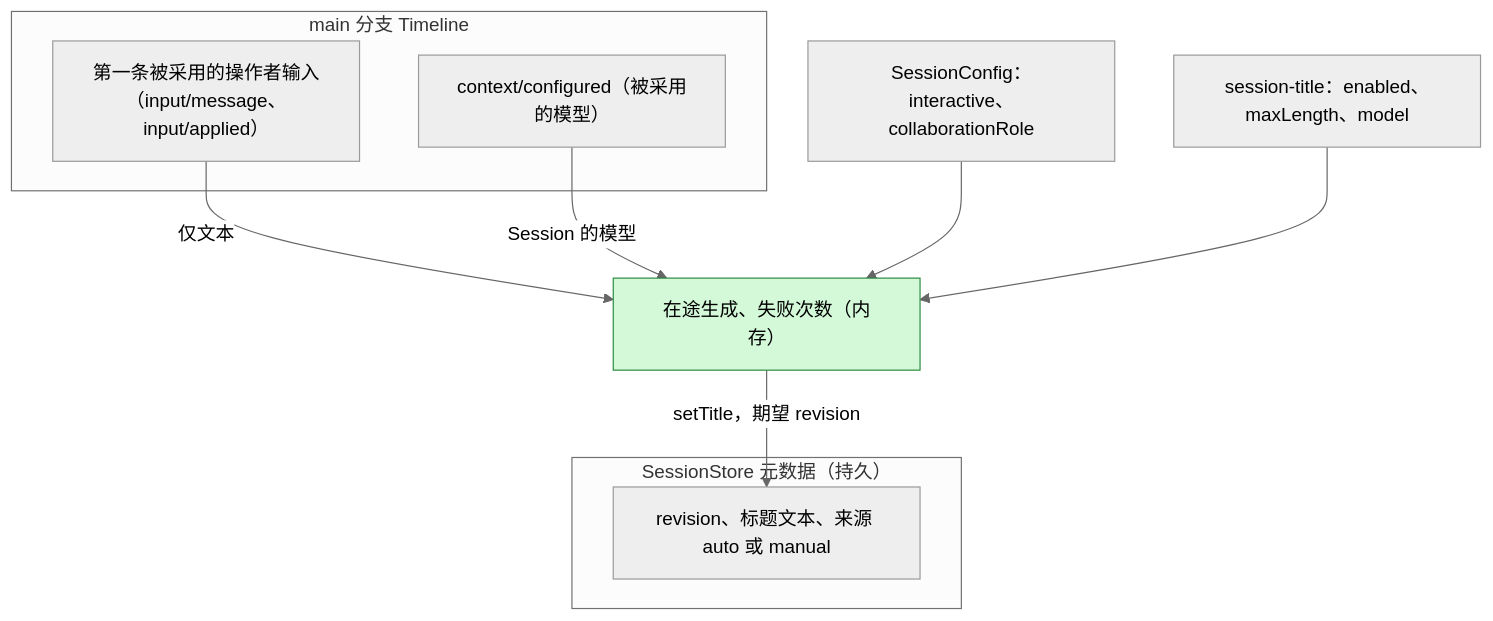
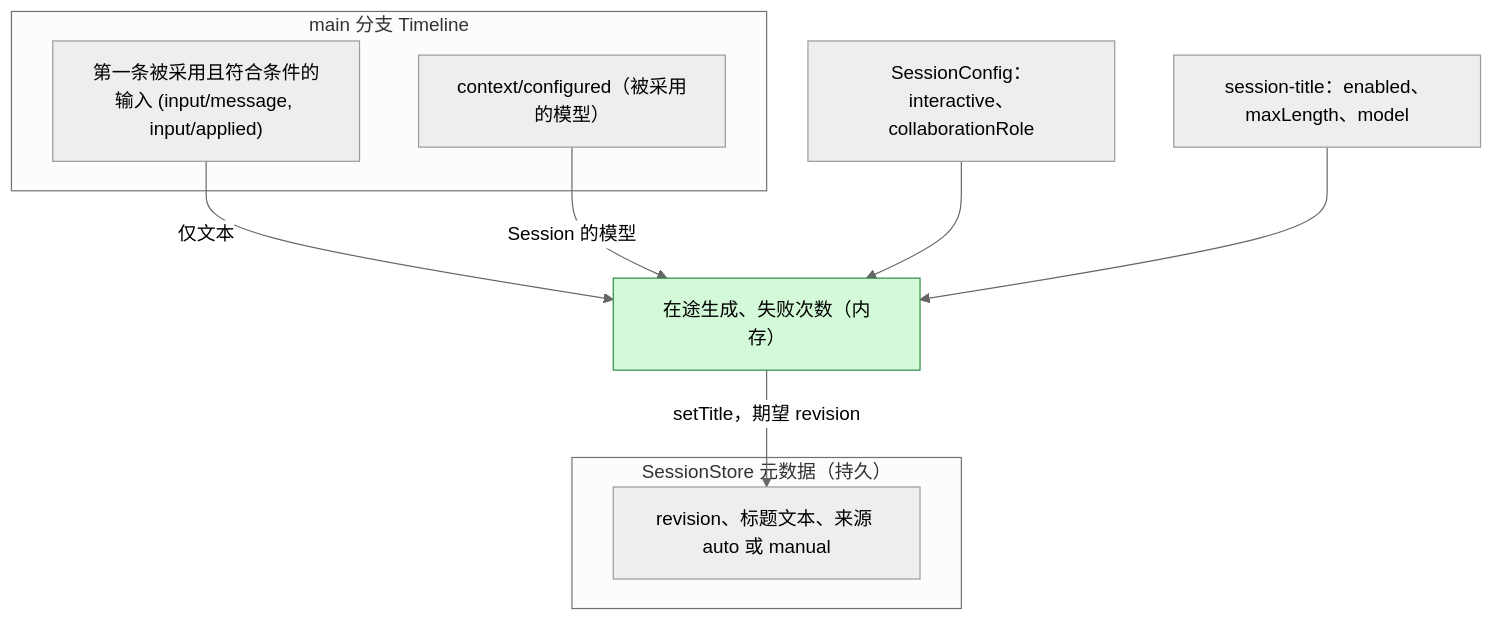
Before and after one commit to CoutinhoTTS/dim-agent: the second of 5 diagrams in docs/zh/design/plugins/SessionTitle.md, drawn with Mermaid (neutral theme). The commit also changed other lines of this file and 1 other file, not shown here.

First line of the commit message:
docs(session-title): let the applied Goal objective title a Session

````diff
--- a/docs/zh/design/plugins/SessionTitle.md
+++ b/docs/zh/design/plugins/SessionTitle.md
@@ -103,19 +103,19 @@
 ```mermaid
 flowchart TB
   subgraph TLM["main 分支 Timeline"]
-    FUI["第一条被采用的操作者输入（input/message、input/applied）"]
+    FUI["第一条被采用且符合条件的输入 (input/message, input/applied)"]
     CC["context/configured（被采用的模型）"]
   end
   subgraph STORE["SessionStore 元数据（持久）"]
     MD["revision、标题文本、来源 auto 或 manual"]
   end
   CONF["SessionConfig：interactive、collaborationRole"]
   CFG["session-title：enabled、maxLength、model"]
   MEM["在途生成、失败次数（内存）"]:::new
   FUI -->|"仅文本"| MEM
   CC -->|"Session 的模型"| MEM
   CONF --> MEM
   CFG --> MEM
   MEM -->|"setTitle，期望 revision"| MD
   classDef new fill:#d3f9d8,stroke:#2b8a3e,color:#000
 ```
````
